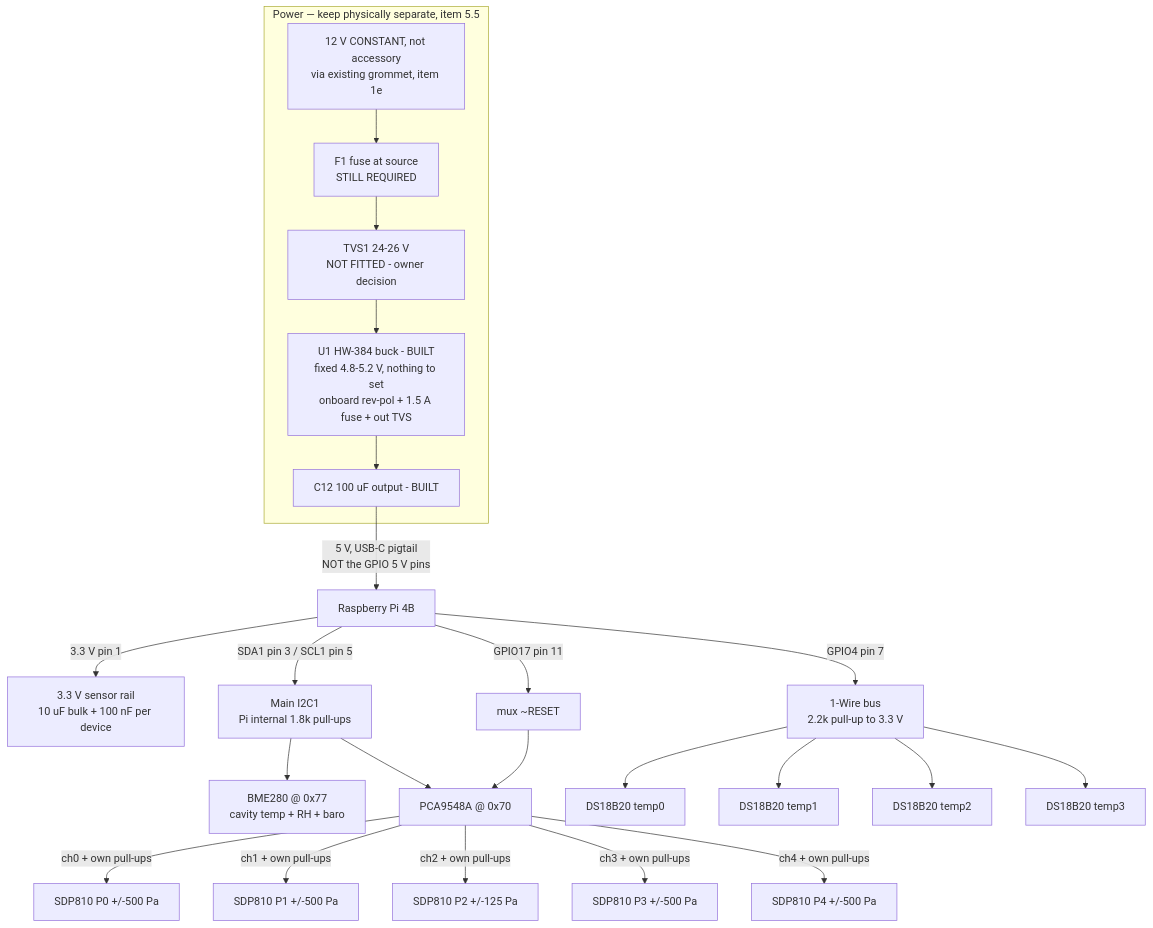
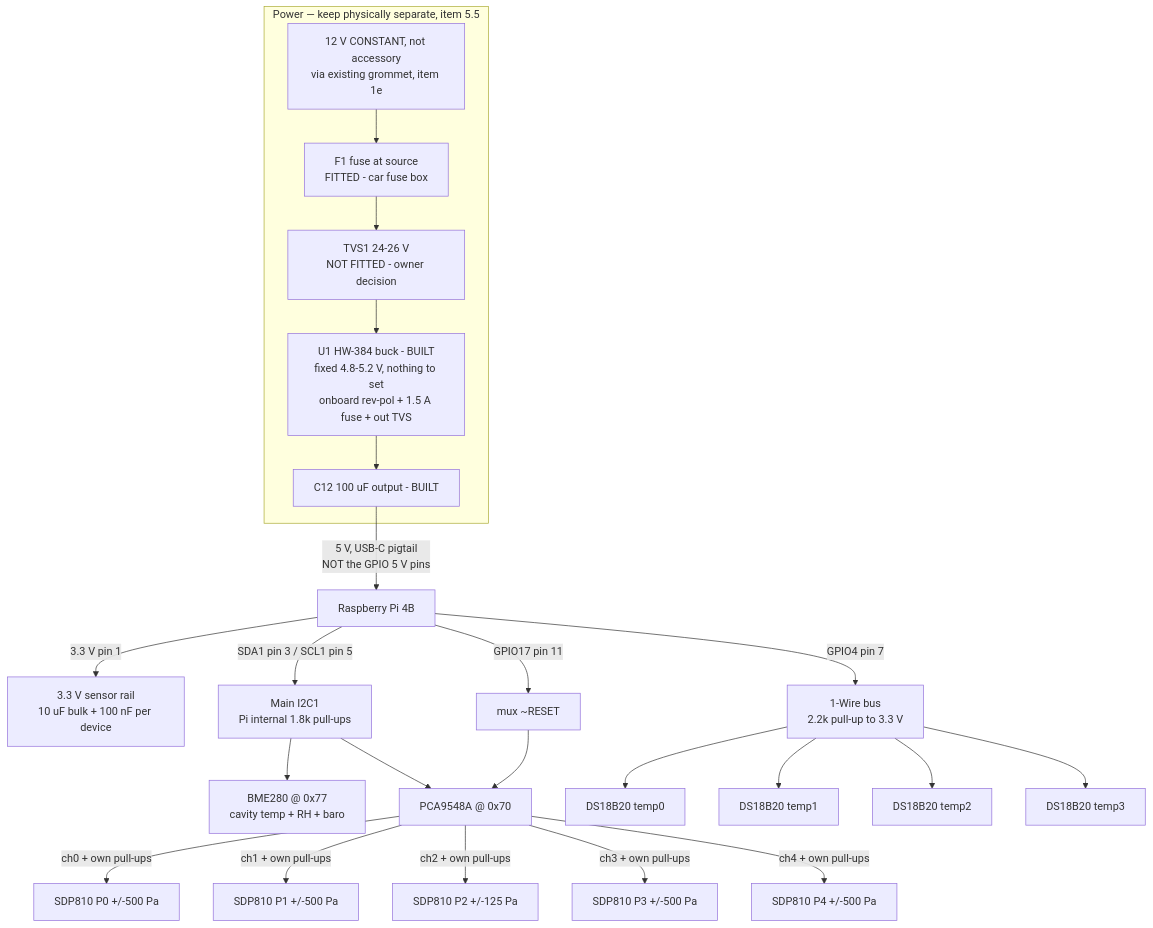
Before and after one commit to chrumck/KnurLogger: the first of 3 diagrams in Hardware/logger-perfboard-wiring.md, drawn with Mermaid. The commit also changed other lines of this file and 4 other files, not shown here.

````diff
--- a/Hardware/logger-perfboard-wiring.md
+++ b/Hardware/logger-perfboard-wiring.md
@@ -153,33 +158,33 @@
 ```mermaid
 graph TD
     subgraph PWR["Power — keep physically separate, item 5.5"]
         V12["12 V CONSTANT, not accessory<br/>via existing grommet, item 1e"]
-        FUSE["F1 fuse at source<br/>STILL REQUIRED"]
+        FUSE["F1 fuse at source<br/>FITTED - car fuse box"]
         PROT["TVS1 24-26 V<br/>NOT FITTED - owner decision"]
         BUCK["U1 HW-384 buck - BUILT<br/>fixed 4.8-5.2 V, nothing to set<br/>onboard rev-pol + 1.5 A fuse + out TVS"]
         CAP["C12 100 uF output - BUILT"]
         V12 --> FUSE --> PROT --> BUCK --> CAP
     end
 
     CAP -->|"5 V, USB-C pigtail<br/>NOT the GPIO 5 V pins"| PI["Raspberry Pi 4B"]
 
     PI -->|"3.3 V pin 1"| RAIL["3.3 V sensor rail<br/>10 uF bulk + 100 nF per device"]
     PI -->|"SDA1 pin 3 / SCL1 pin 5"| MAIN["Main I2C1<br/>Pi internal 1.8k pull-ups"]
     PI -->|"GPIO17 pin 11"| RST["mux ~RESET"]
     PI -->|"GPIO4 pin 7"| OW["1-Wire bus<br/>2.2k pull-up to 3.3 V"]
 
     MAIN --> BME["BME280 @ 0x77<br/>cavity temp + RH + baro"]
     MAIN --> MUX["PCA9548A @ 0x70"]
     RST --> MUX
 
     MUX -->|"ch0 + own pull-ups"| P0["SDP810 P0 +/-500 Pa"]
     MUX -->|"ch1 + own pull-ups"| P1["SDP810 P1 +/-500 Pa"]
     MUX -->|"ch2 + own pull-ups"| P2["SDP810 P2 +/-125 Pa"]
     MUX -->|"ch3 + own pull-ups"| P3["SDP810 P3 +/-500 Pa"]
     MUX -->|"ch4 + own pull-ups"| P4["SDP810 P4 +/-500 Pa"]
 
     OW --> D1["DS18B20 temp0"]
     OW --> D2["DS18B20 temp1"]
     OW --> D3["DS18B20 temp2"]
     OW --> D4["DS18B20 temp3"]
 ```
````
